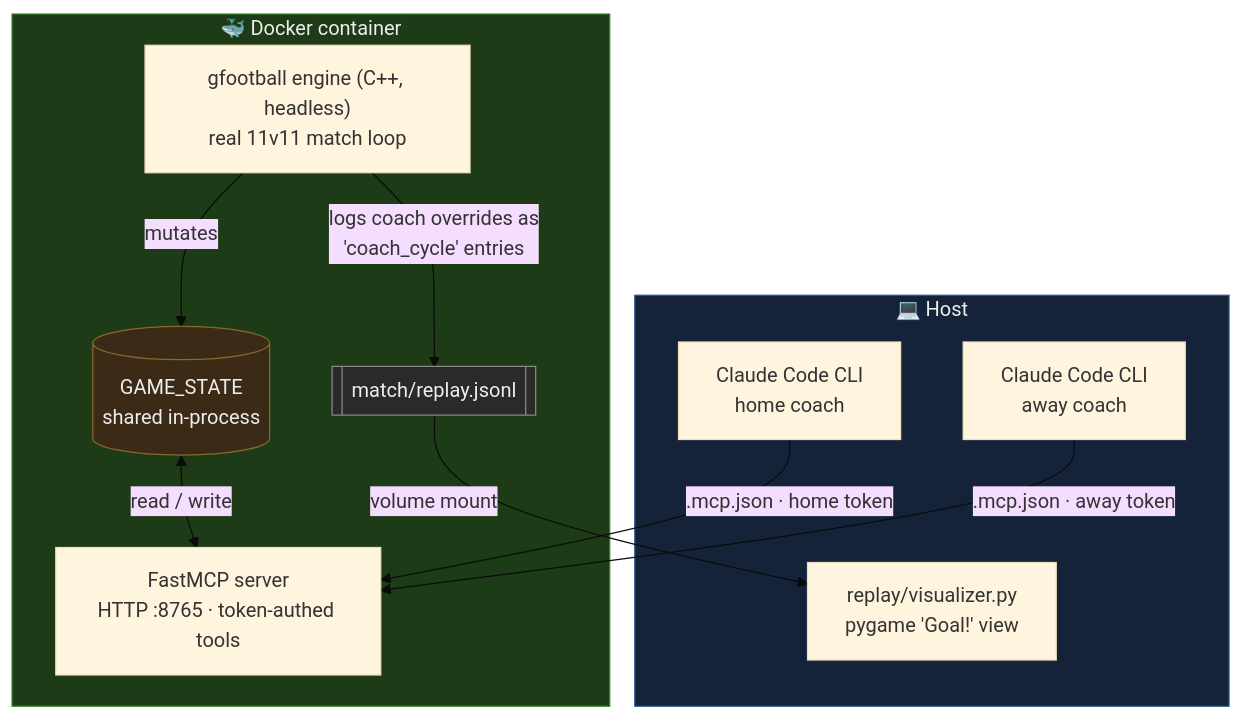
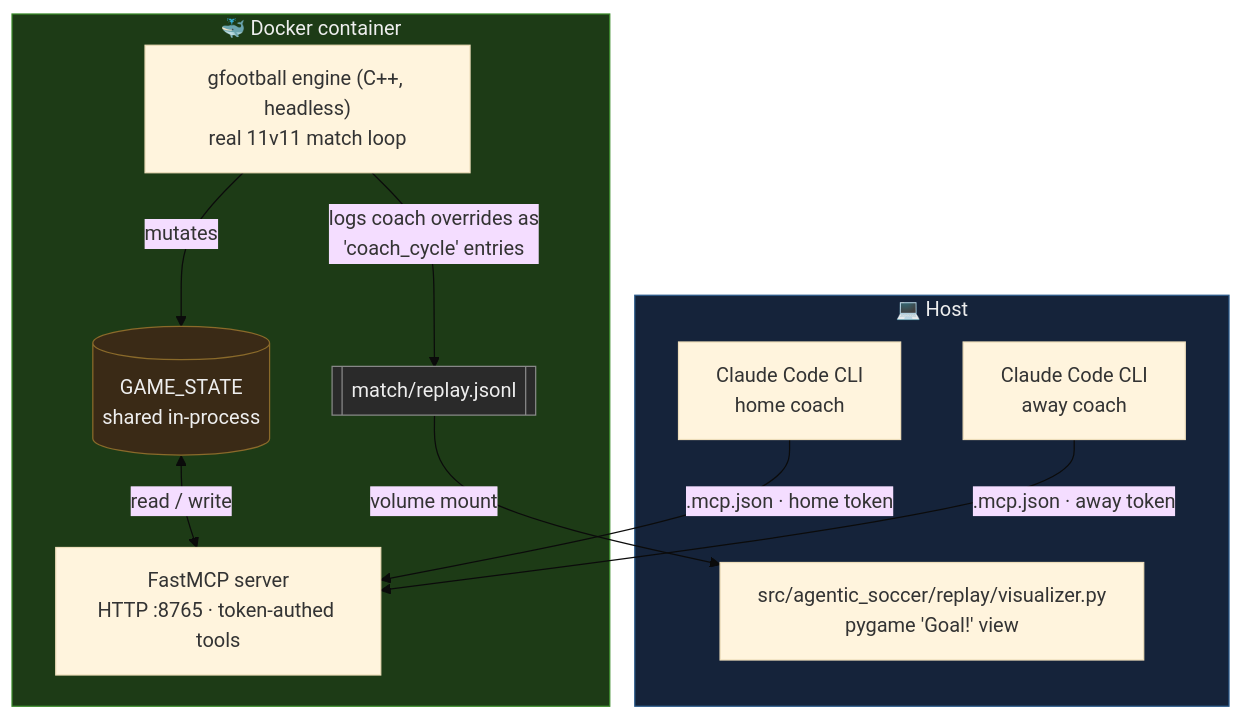
Before and after one commit to cajias/agentic-soccer: the diagram in README.md, drawn with Mermaid (base theme). The commit also changed other lines of this file and 48 other files, not shown here.

First line of the commit message:
refactor: adopt canonical src/agentic_soccer/ package layout

````diff
--- a/README.md
+++ b/README.md
@@ -25,26 +25,26 @@
 ```mermaid
 flowchart TB
     subgraph container["🐳 Docker container"]
         engine["gfootball engine (C++, headless)<br/>real 11v11 match loop"]
         state[("GAME_STATE<br/>shared in-process")]
         mcp["FastMCP server<br/>HTTP :8765 · token-authed tools"]
         engine -->|mutates| state
         state <-->|read / write| mcp
         engine -->|logs coach overrides as<br/>'coach_cycle' entries| replay[["match/replay.jsonl"]]
     end
 
     subgraph host["💻 Host"]
-        viewer["replay/visualizer.py<br/>pygame 'Goal!' view"]
+        viewer["src/agentic_soccer/replay/visualizer.py<br/>pygame 'Goal!' view"]
         homeCoach["Claude Code CLI<br/>home coach"]
         awayCoach["Claude Code CLI<br/>away coach"]
     end
 
     replay -->|volume mount| viewer
     homeCoach -->|.mcp.json · home token| mcp
     awayCoach -->|.mcp.json · away token| mcp
 
     style container fill:#1d3b16,stroke:#3a8a2a,color:#eee
     style host fill:#15233a,stroke:#2a5a8a,color:#eee
     style state fill:#3a2a16,stroke:#8a6a2a,color:#eee
     style replay fill:#2a2a2a,stroke:#888,color:#eee
 ```
````
